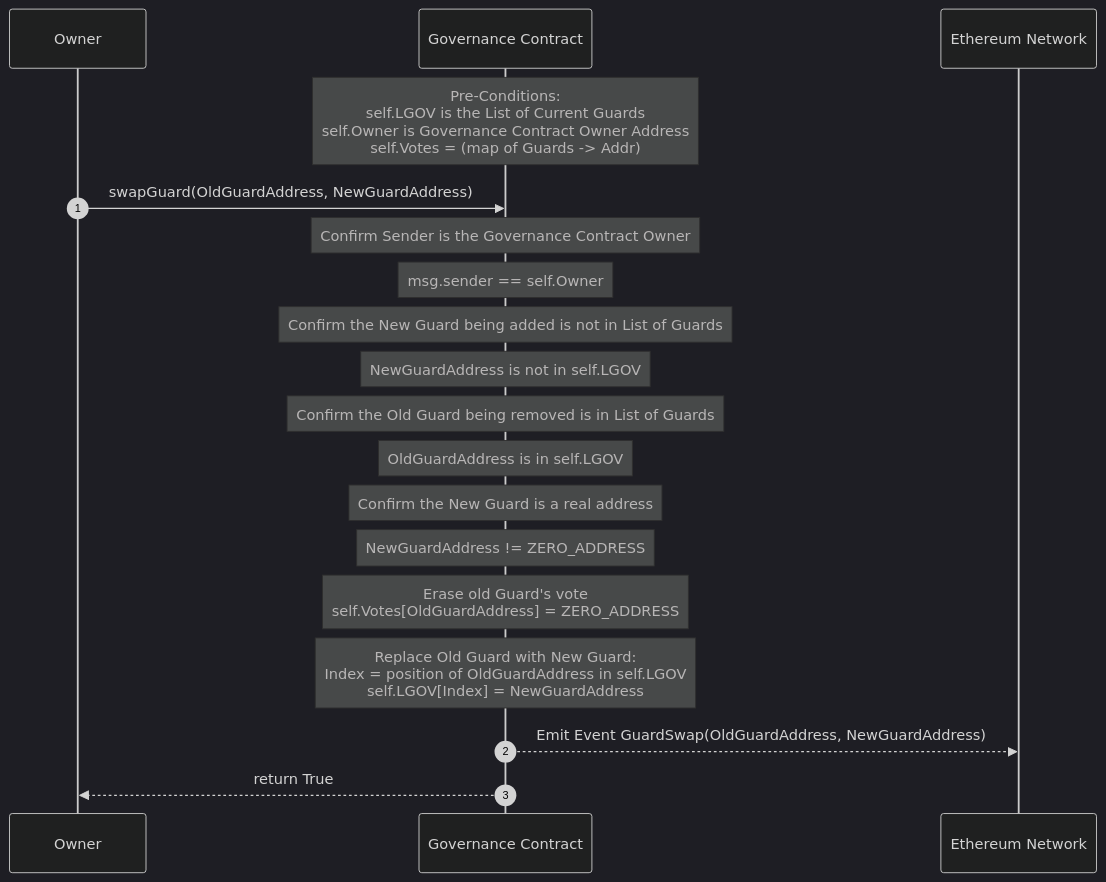
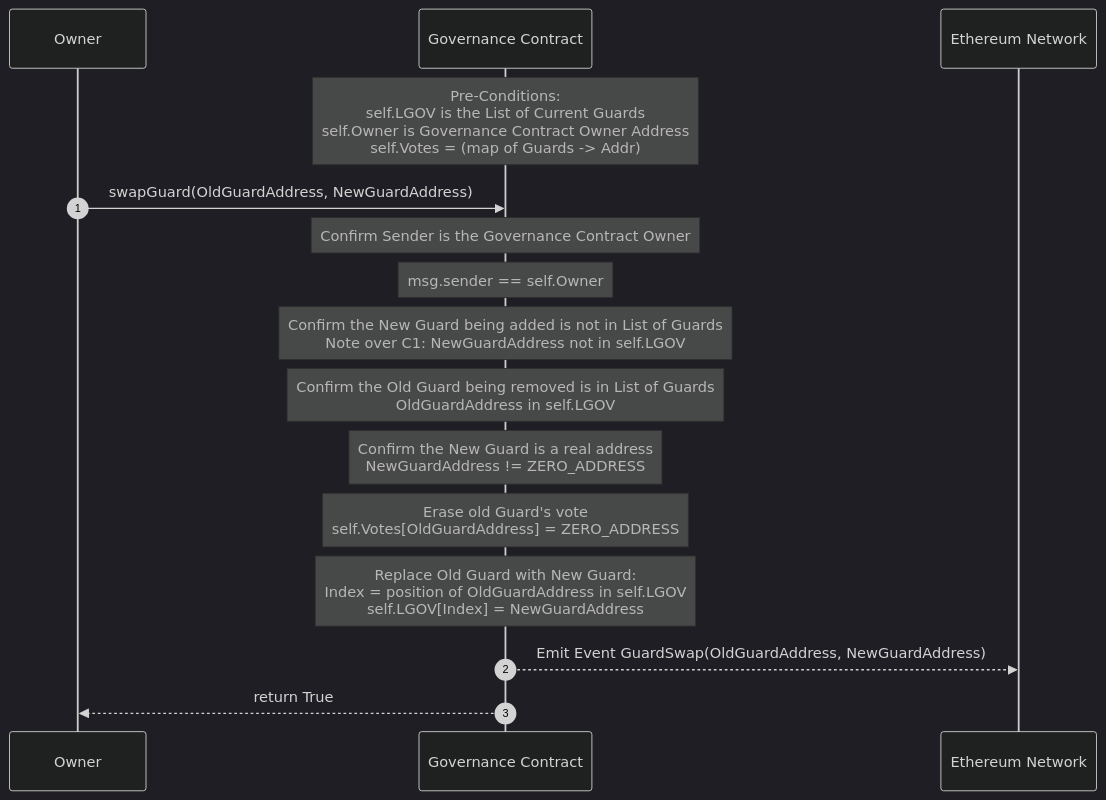
The eighth of 9 diagrams in docs/Governance.md (DynamoFinance/vault), drawn with Mermaid (dark theme) before and after one commit.

Commit message:
Small corrections in replaceGovernance logic.

````diff
--- a/docs/Governance.md
+++ b/docs/Governance.md
@@ -353,33 +353,30 @@
 ```mermaid
 sequenceDiagram
 
     participant OG as Owner
     participant C1 as Governance Contract
     participant N as Ethereum Network
     autonumber
 
    
     Note over C1: Pre-Conditions: <br> self.LGOV is the List of Current Guards <br> self.Owner is Governance Contract Owner Address <br>self.Votes = (map of Guards -> Addr)
     OG->>C1: swapGuard(OldGuardAddress, NewGuardAddress)
 
 
     Note over C1: Confirm Sender is the Governance Contract Owner
     Note over C1: msg.sender == self.Owner 
 
-    Note over C1: Confirm the New Guard being added is not in List of Guards
-    Note over C1: NewGuardAddress is not in self.LGOV
-    Note over C1: Confirm the Old Guard being removed is in List of Guards
-    Note over C1: OldGuardAddress is in self.LGOV
+    Note over C1: Confirm the New Guard being added is not in List of Guards<br>Note over C1: NewGuardAddress not in self.LGOV
+    Note over C1: Confirm the Old Guard being removed is in List of Guards<br>OldGuardAddress in self.LGOV
 
-    Note over C1: Confirm the New Guard is a real address
-    Note over C1: NewGuardAddress != ZERO_ADDRESS
+    Note over C1: Confirm the New Guard is a real address<br>NewGuardAddress != ZERO_ADDRESS
     
     Note over C1: Erase old Guard's vote<br>self.Votes[OldGuardAddress] = ZERO_ADDRESS
 
     Note over C1: Replace Old Guard with New Guard: <br> Index = position of OldGuardAddress in self.LGOV <br>  self.LGOV[Index] = NewGuardAddress
 
 
     C1-->>N: Emit Event GuardSwap(OldGuardAddress, NewGuardAddress)
 
     C1-->>OG: return True
 ```
````
